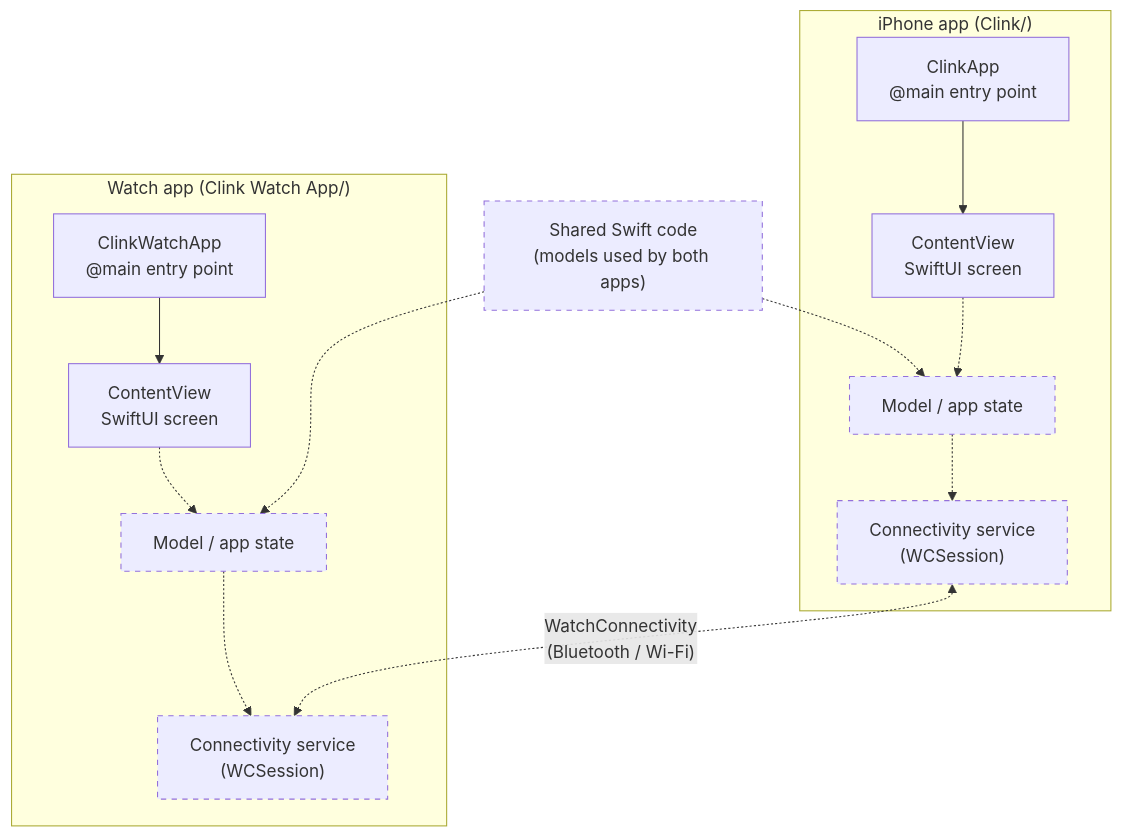
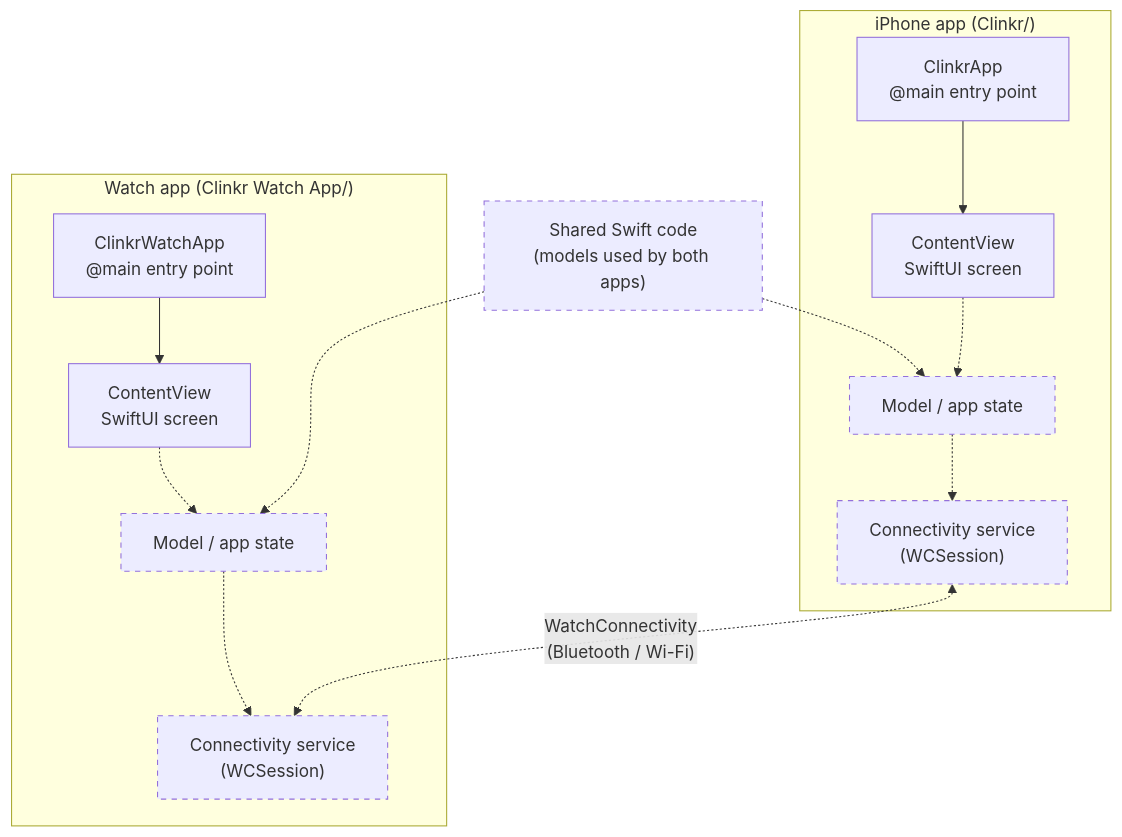
One commit to pablocolaiacovo/clink changed the second of 3 diagrams in docs/ARCHITECTURE.md. Above: the diagram before and after it, drawn with Mermaid. The commit also changed other lines of this file and 25 other files, not shown here.

First line of the commit message:
Rename the app from Clink to Clinkr (#45)

````diff
--- a/docs/ARCHITECTURE.md
+++ b/docs/ARCHITECTURE.md
@@ -34,26 +34,26 @@
 ```mermaid
 flowchart TB
-    subgraph phone["iPhone app (Clink/)"]
-        pApp["ClinkApp<br/>@main entry point"] --> pView["ContentView<br/>SwiftUI screen"]
+    subgraph phone["iPhone app (Clinkr/)"]
+        pApp["ClinkrApp<br/>@main entry point"] --> pView["ContentView<br/>SwiftUI screen"]
         pModel["Model / app state"]:::planned
         pSync["Connectivity service<br/>(WCSession)"]:::planned
         pView -.-> pModel
         pModel -.-> pSync
     end
 
-    subgraph watch["Watch app (Clink Watch App/)"]
-        wApp["ClinkWatchApp<br/>@main entry point"] --> wView["ContentView<br/>SwiftUI screen"]
+    subgraph watch["Watch app (Clinkr Watch App/)"]
+        wApp["ClinkrWatchApp<br/>@main entry point"] --> wView["ContentView<br/>SwiftUI screen"]
         wModel["Model / app state"]:::planned
         wSync["Connectivity service<br/>(WCSession)"]:::planned
         wView -.-> wModel
         wModel -.-> wSync
     end
 
     shared["Shared Swift code<br/>(models used by both apps)"]:::planned
     shared -.-> pModel
     shared -.-> wModel
 
     pSync <-. "WatchConnectivity<br/>(Bluetooth / Wi-Fi)" .-> wSync
 
     classDef planned stroke-dasharray: 5 5
 ```
````
